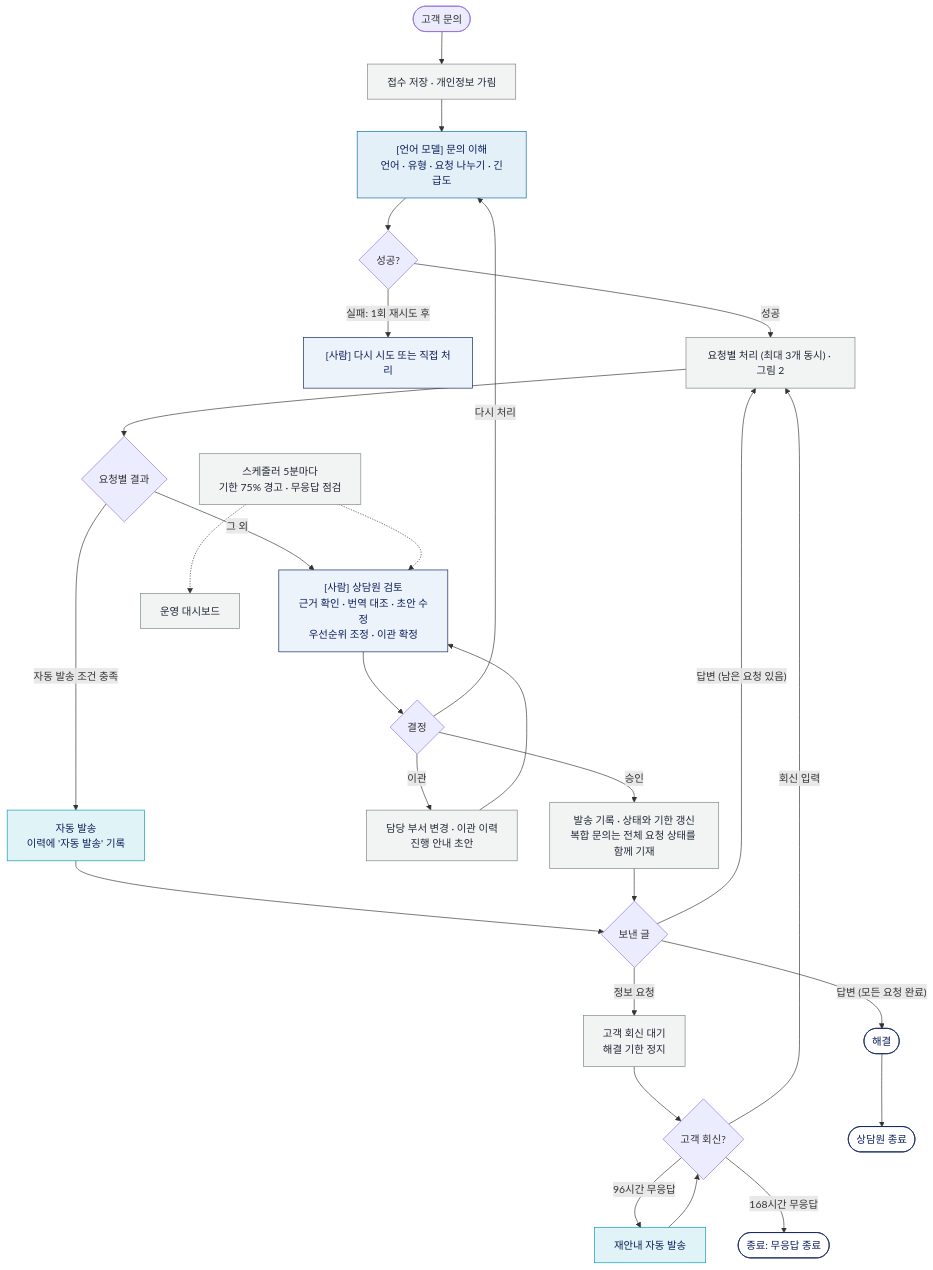
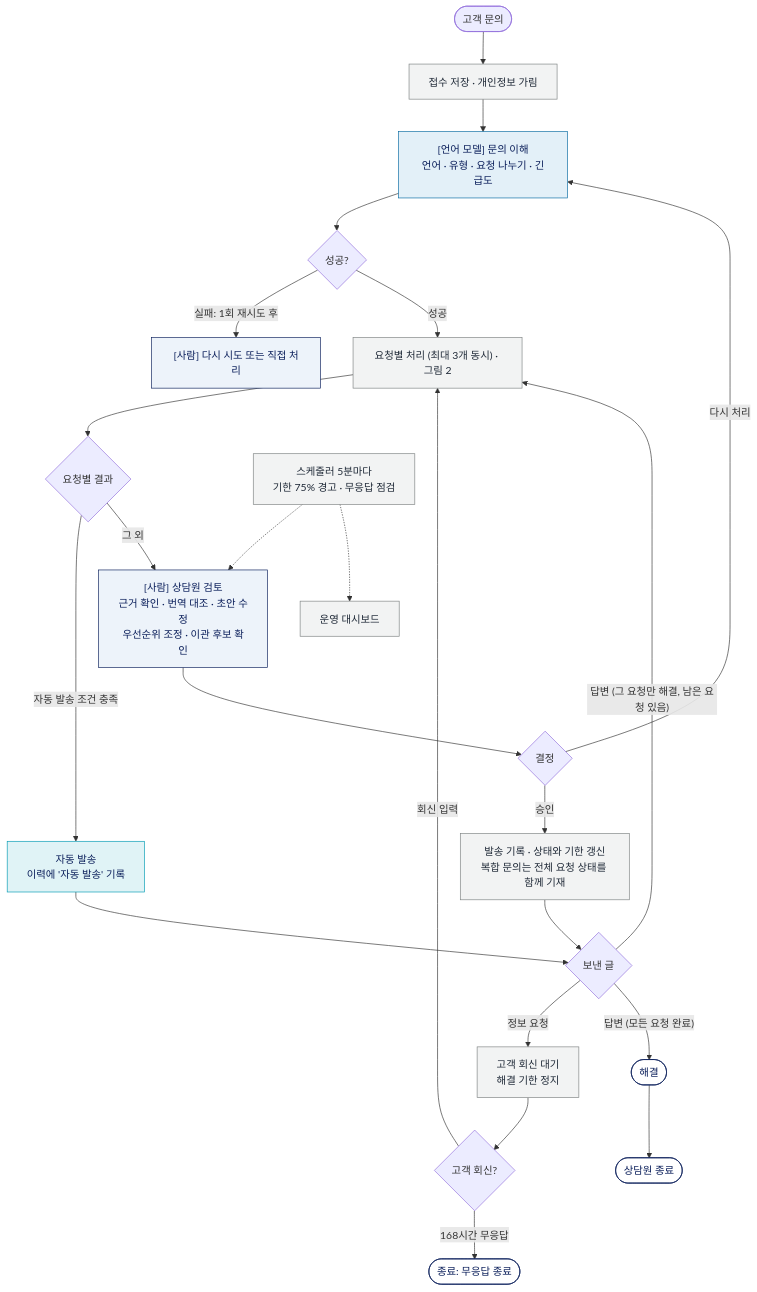
The second of 3 diagrams in docs/planning/project-plan.md (SongjuNa/cs-agent-service), drawn with Mermaid before and after one commit. The commit also changed other lines of this file and 3 other files, not shown here.

````diff
--- a/docs/planning/project-plan.md
+++ b/docs/planning/project-plan.md
@@ -405,40 +417,36 @@
 ```mermaid
 flowchart TD
     S(["고객 문의"]) --> A1["접수 저장 · 개인정보 가림"]
     A1 --> A2["[언어 모델] 문의 이해<br/>언어 · 유형 · 요청 나누기 · 긴급도"]
     A2 --> C1{"성공?"}
     C1 -- "실패: 1회 재시도 후" --> H0["[사람] 다시 시도 또는 직접 처리"]
     C1 -- "성공" --> P["요청별 처리 (최대 3개 동시) · 그림 2"]
     P --> C2{"요청별 결과"}
     C2 -- "자동 발송 조건 충족" --> AUTO["자동 발송<br/>이력에 '자동 발송' 기록"]
-    C2 -- "그 외" --> R["[사람] 상담원 검토<br/>근거 확인 · 번역 대조 · 초안 수정<br/>우선순위 조정 · 이관 확정"]
+    C2 -- "그 외" --> R["[사람] 상담원 검토<br/>근거 확인 · 번역 대조 · 초안 수정<br/>우선순위 조정 · 이관 후보 확인"]
     R --> C3{"결정"}
     C3 -- "다시 처리" --> A2
-    C3 -- "이관" --> ESC["담당 부서 변경 · 이관 이력<br/>진행 안내 초안"]
-    ESC --> R
     C3 -- "승인" --> SEND["발송 기록 · 상태와 기한 갱신<br/>복합 문의는 전체 요청 상태를 함께 기재"]
     AUTO --> C4
     SEND --> C4{"보낸 글"}
     C4 -- "정보 요청" --> W["고객 회신 대기<br/>해결 기한 정지"]
     W --> C5{"고객 회신?"}
     C5 -- "회신 입력" --> P
-    C5 -- "96시간 무응답" --> RM["재안내 자동 발송"]
-    RM --> C5
     C5 -- "168시간 무응답" --> E3(["종료: 무응답 종료"])
-    C4 -- "답변 (남은 요청 있음)" --> P
+    C4 -- "답변 (그 요청만 해결, 남은 요청 있음)" --> P
     C4 -- "답변 (모든 요청 완료)" --> E1(["해결"])
     E1 --> E2(["상담원 종료"])
     SCH["스케줄러 5분마다<br/>기한 75% 경고 · 무응답 점검"] -.-> R
     SCH -.-> DASH["운영 대시보드"]
 
     classDef llm fill:#E3F0F8,stroke:#0569A0,color:#0A1E5A
     classDef human fill:#EDF3FA,stroke:#0A1E5A,color:#0A1E5A
     classDef backend fill:#F2F3F3,stroke:#7D8282,color:#1F2937
     classDef auto fill:#E0F3F6,stroke:#009BB4,color:#0A1E5A
     classDef endnode fill:#FFFFFF,stroke:#0A1E5A,color:#0A1E5A
     class A2 llm
     class H0,R human
-    class A1,P,SEND,W,SCH,ESC,DASH backend
-    class AUTO,RM auto
+    class A1,P,SEND,W,SCH,DASH backend
+    class AUTO auto
     class E1,E2,E3 endnode
 ```
````
